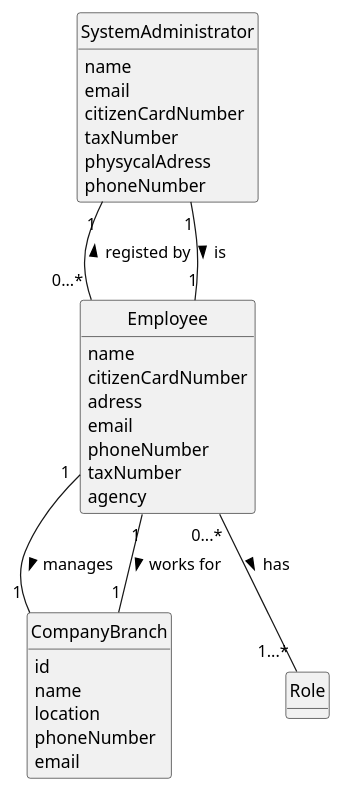
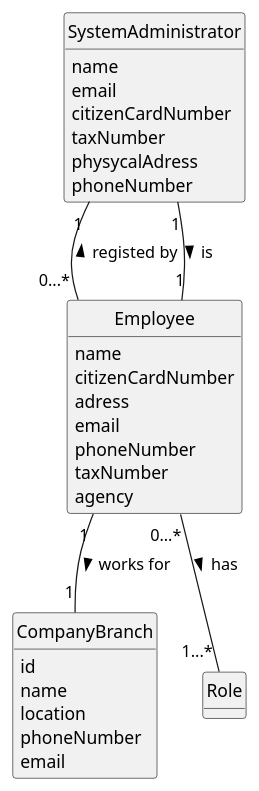
One commit to 1220812/LAPR2 changed the diagram in docs/sprintA/us003/02.analysis/puml/us003-domain-model.puml. Above: the diagram before and after it, drawn with PlantUML. The commit also changed 2 other files, not shown here.

```diff
--- a/docs/sprintA/us003/02.analysis/puml/us003-domain-model.puml
+++ b/docs/sprintA/us003/02.analysis/puml/us003-domain-model.puml
@@ -1,52 +1,51 @@
 @startuml
 skinparam monochrome true
 skinparam packageStyle rectangle
 skinparam shadowing false
 'skinparam linetype ortho
 'left to right direction
 skinparam classAttributeIconSize 0
 hide circle
 hide methods
 
 
 class SystemAdministrator{
   name
   email
   citizenCardNumber
   taxNumber
   physycalAdress
   phoneNumber
 }
 
 
 class Employee {
     name
     citizenCardNumber
     adress
     email
     phoneNumber
     taxNumber
     agency
 }
 
 class CompanyBranch{
 id
 name
 location
 phoneNumber
 email
 }
 
 class Role{
 }
 
 SystemAdministrator "1"--"0...*" Employee: registed by <
 SystemAdministrator "1"--"1" Employee: is >
-Employee "1"--"1" CompanyBranch: manages >
 Employee "1"--"1" CompanyBranch: works for >
 Employee "0...*"--"1...*" Role: has >
 
 
 
 
 @enduml
```
